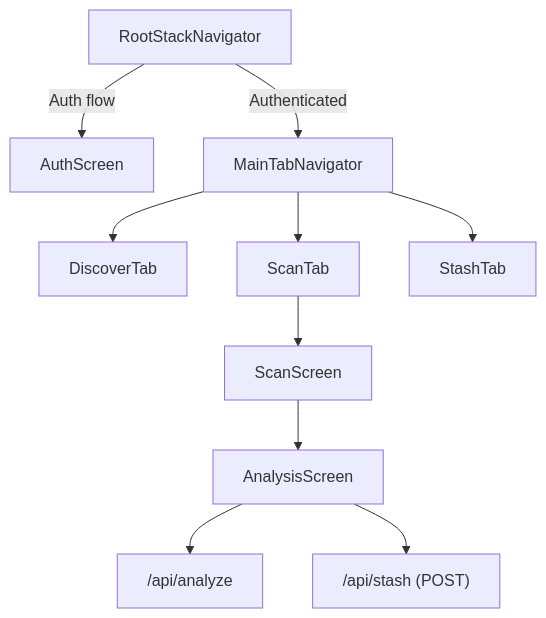
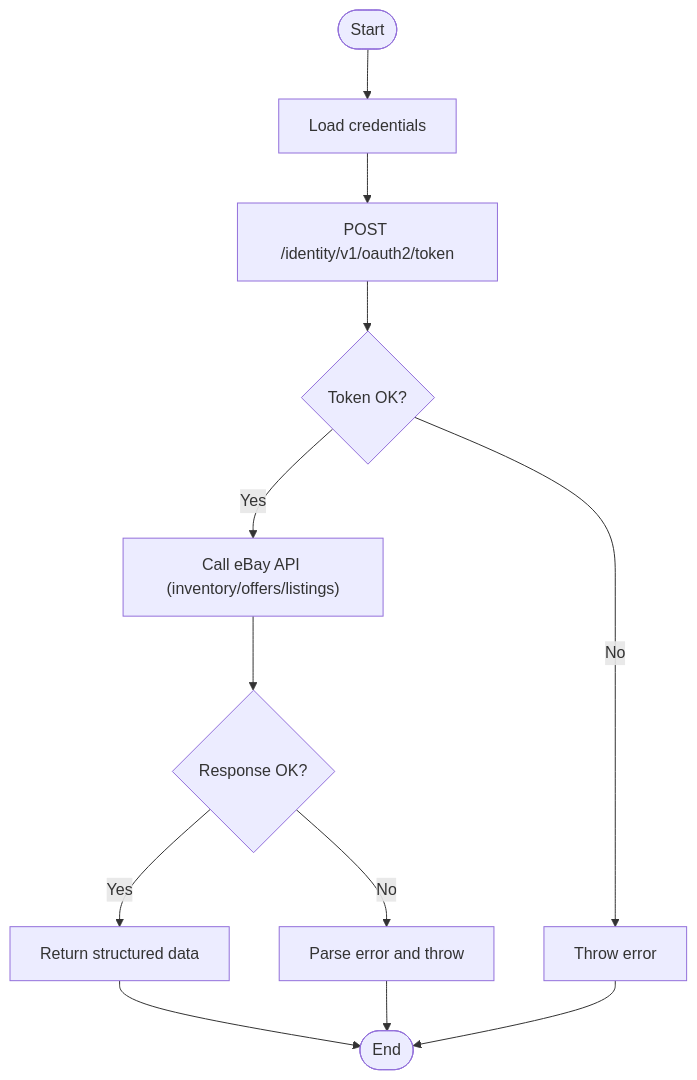
The eighth of 10 diagrams in .qoder/repowiki/en/content/Architecture Overview/Architecture Overview.md (hunglevi87/Hidden-Gem), drawn with Mermaid before and after one commit. The commit also changed other lines of this file and 99 other files, not shown here.

````diff
--- a/.qoder/repowiki/en/content/Architecture Overview/Architecture Overview.md
+++ b/.qoder/repowiki/en/content/Architecture Overview/Architecture Overview.md
@@ -205,12 +430,14 @@
 ```mermaid
 flowchart TD
-RS["RootStackNavigator"] --> |Auth flow| AS["AuthScreen"]
-RS --> |Authenticated| MT["MainTabNavigator"]
-MT --> DT["DiscoverTab"]
-MT --> ST["ScanTab"]
-MT --> YT["StashTab"]
-ST --> SS["ScanScreen"]
-SS --> AN["AnalysisScreen"]
-AN --> API["/api/analyze"]
-AN --> SAVE["/api/stash (POST)"]
+Start(["Start"]) --> GetCreds["Load credentials"]
+GetCreds --> Refresh["POST /identity/v1/oauth2/token"]
+Refresh --> TokenOK{"Token OK?"}
+TokenOK --> |No| Error["Throw error"]
+TokenOK --> |Yes| CallAPI["Call eBay API (inventory/offers/listings)"]
+CallAPI --> RespOK{"Response OK?"}
+RespOK --> |No| HandleErr["Parse error and throw"]
+RespOK --> |Yes| ReturnData["Return structured data"]
+ReturnData --> End(["End"])
+HandleErr --> End
+Error --> End
 ```
````
